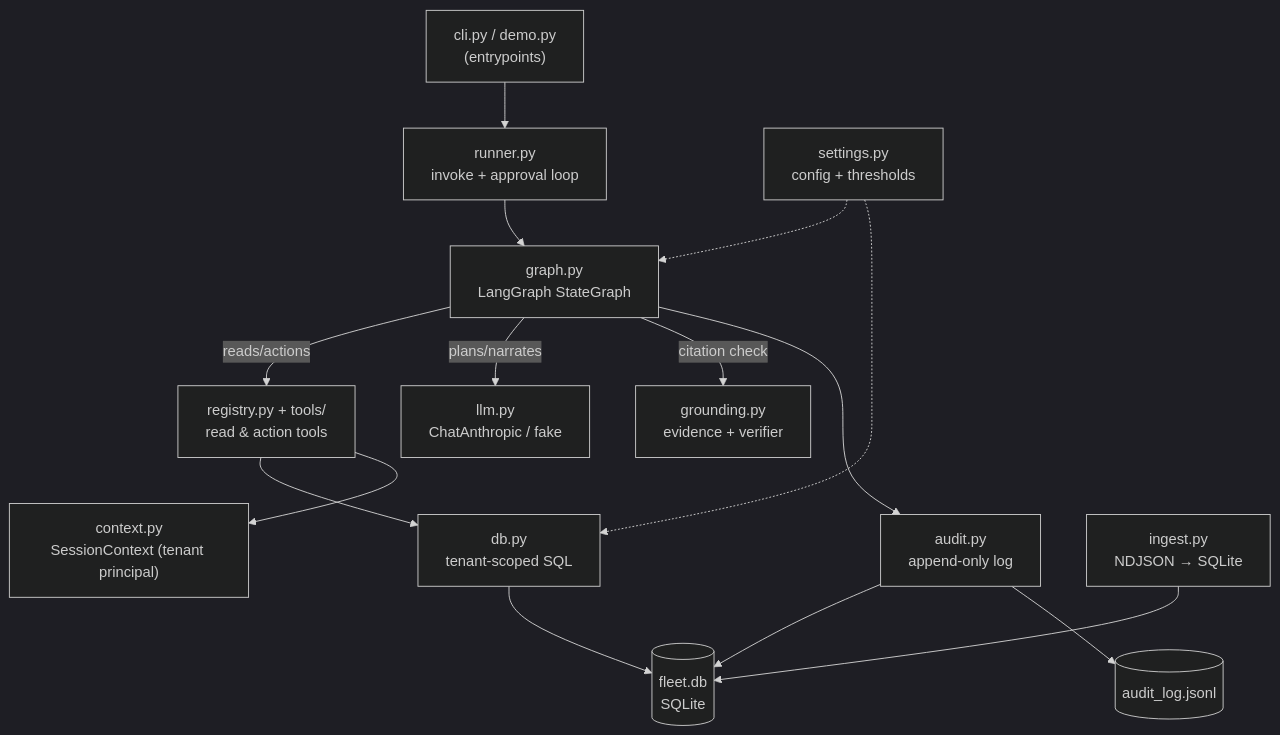
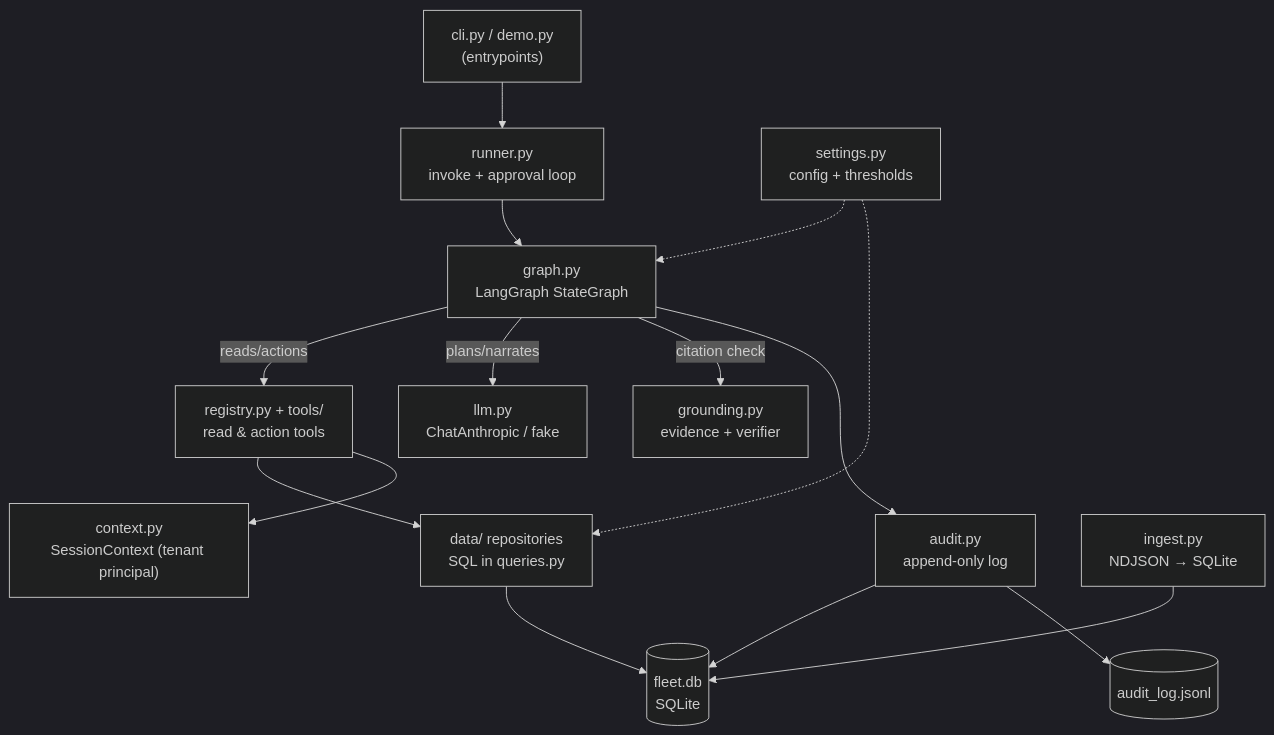
One commit to Sayrikey1/fleet-copilot changed the first of 5 diagrams in docs/ARCHITECTURE.md. Above: the diagram before and after it, drawn with Mermaid (dark theme). The commit also changed other lines of this file and 16 other files, not shown here.

First line of the commit message:
refactor: extract SQL into a repository data layer

````diff
--- a/docs/ARCHITECTURE.md
+++ b/docs/ARCHITECTURE.md
@@ -63,17 +63,17 @@
 ```mermaid
 flowchart TB
     CLI["cli.py / demo.py<br/>(entrypoints)"] --> RUN["runner.py<br/>invoke + approval loop"]
     RUN --> GRAPH["graph.py<br/>LangGraph StateGraph"]
     GRAPH -->|reads/actions| REG["registry.py + tools/<br/>read & action tools"]
     GRAPH -->|plans/narrates| LLM["llm.py<br/>ChatAnthropic / fake"]
     GRAPH -->|citation check| GND["grounding.py<br/>evidence + verifier"]
-    REG --> DB["db.py<br/>tenant-scoped SQL"]
+    REG --> DB["data/ repositories<br/>SQL in queries.py"]
     GRAPH --> AUD["audit.py<br/>append-only log"]
     REG --> CTX["context.py<br/>SessionContext (tenant principal)"]
     DB --> SQLITE[("fleet.db<br/>SQLite")]
     AUD --> SQLITE
     AUD --> JSONL[("audit_log.jsonl")]
     CFG["settings.py<br/>config + thresholds"] -.-> GRAPH
     CFG -.-> DB
     ING["ingest.py<br/>NDJSON → SQLite"] --> SQLITE
 ```
````
